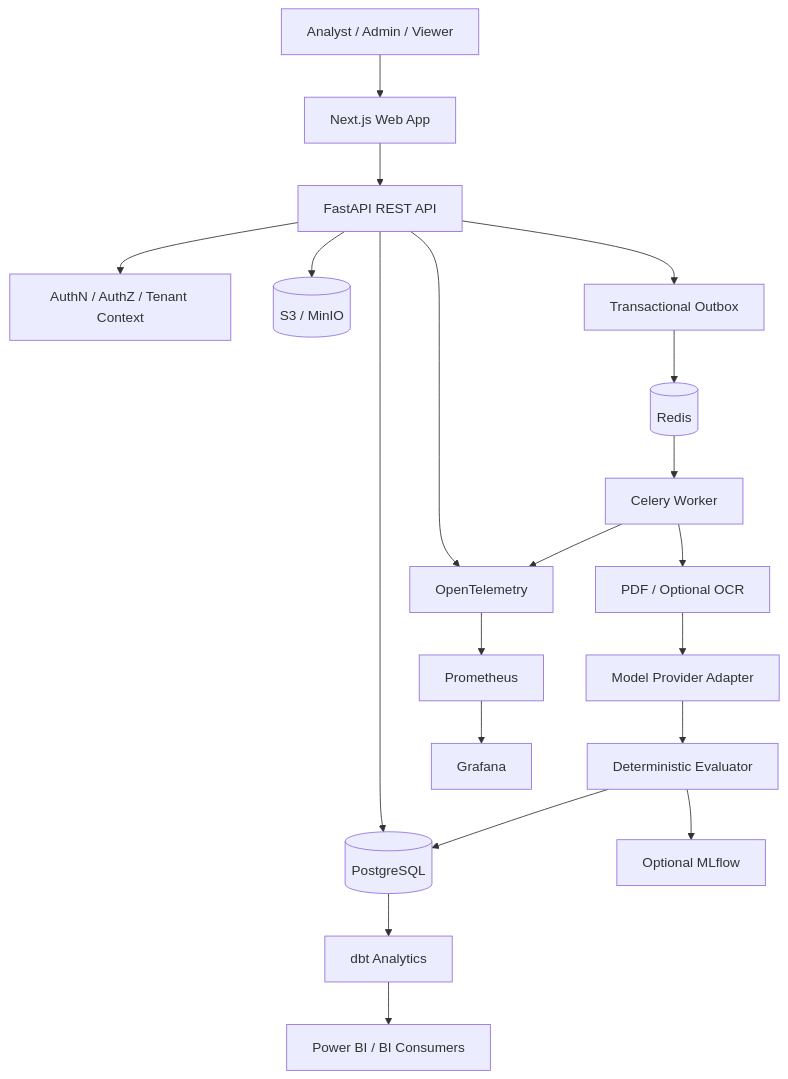
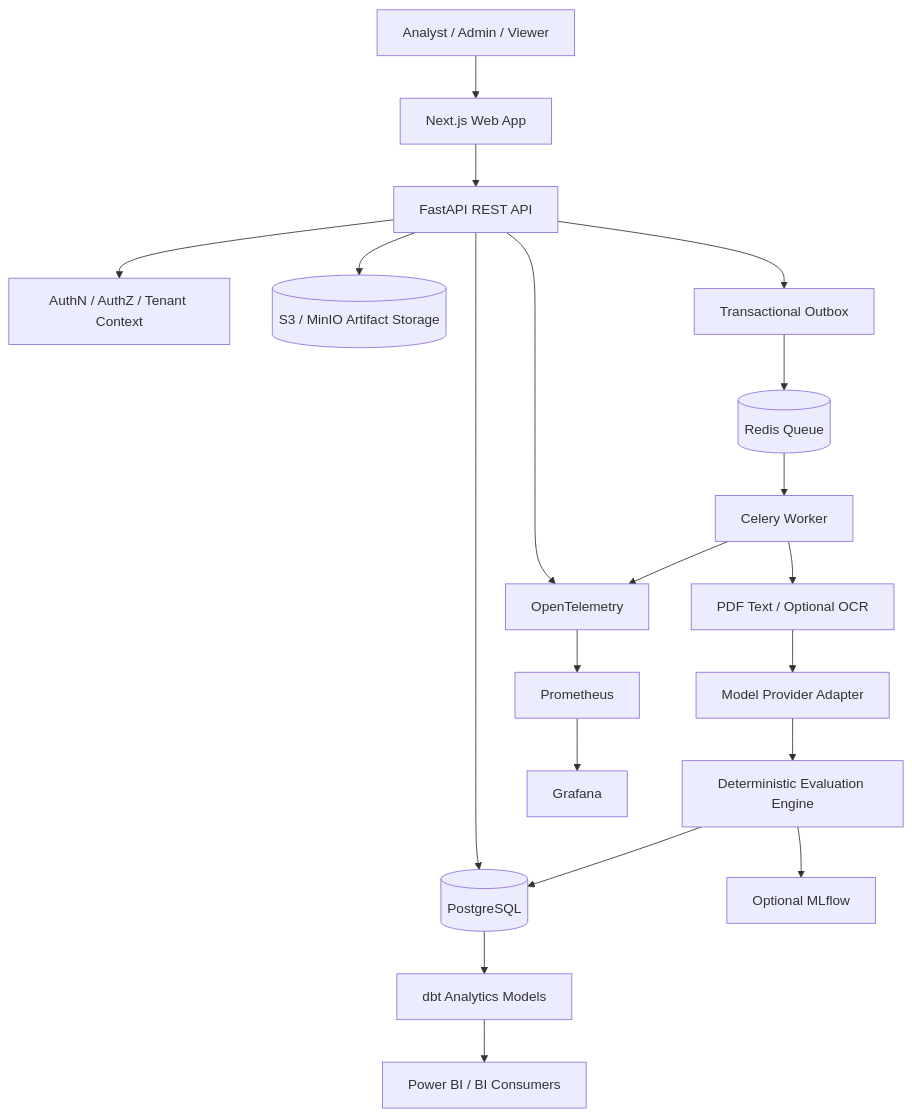
Before and after one commit to wazimBadsha/CareQA-Healthcare-Document-AI-Quality-Operations-Intelligence-Platform.: the diagram in docs/ENGINEERING_HANDOFF.md, drawn with Mermaid. The commit also changed other lines of this file, not shown here.

````diff
--- a/docs/ENGINEERING_HANDOFF.md
+++ b/docs/ENGINEERING_HANDOFF.md
@@ -74,22 +97,22 @@
 ```mermaid
 flowchart TB
   U[Analyst / Admin / Viewer] --> WEB[Next.js Web App]
   WEB --> API[FastAPI REST API]
   API --> AUTH[AuthN / AuthZ / Tenant Context]
   API --> PG[(PostgreSQL)]
-  API --> OBJ[(S3 / MinIO)]
+  API --> OBJ[(S3 / MinIO Artifact Storage)]
   API --> OUTBOX[Transactional Outbox]
-  OUTBOX --> Q[(Redis)]
+  OUTBOX --> Q[(Redis Queue)]
   Q --> W[Celery Worker]
-  W --> PARSE[PDF / Optional OCR]
+  W --> PARSE[PDF Text / Optional OCR]
   PARSE --> ADAPTER[Model Provider Adapter]
-  ADAPTER --> EVAL[Deterministic Evaluator]
+  ADAPTER --> EVAL[Deterministic Evaluation Engine]
   EVAL --> PG
   EVAL --> MLFLOW[Optional MLflow]
-  PG --> DBT[dbt Analytics]
+  PG --> DBT[dbt Analytics Models]
   DBT --> BI[Power BI / BI Consumers]
   API --> OTEL[OpenTelemetry]
   W --> OTEL
   OTEL --> PROM[Prometheus]
   PROM --> GRAF[Grafana]
 ```
````
